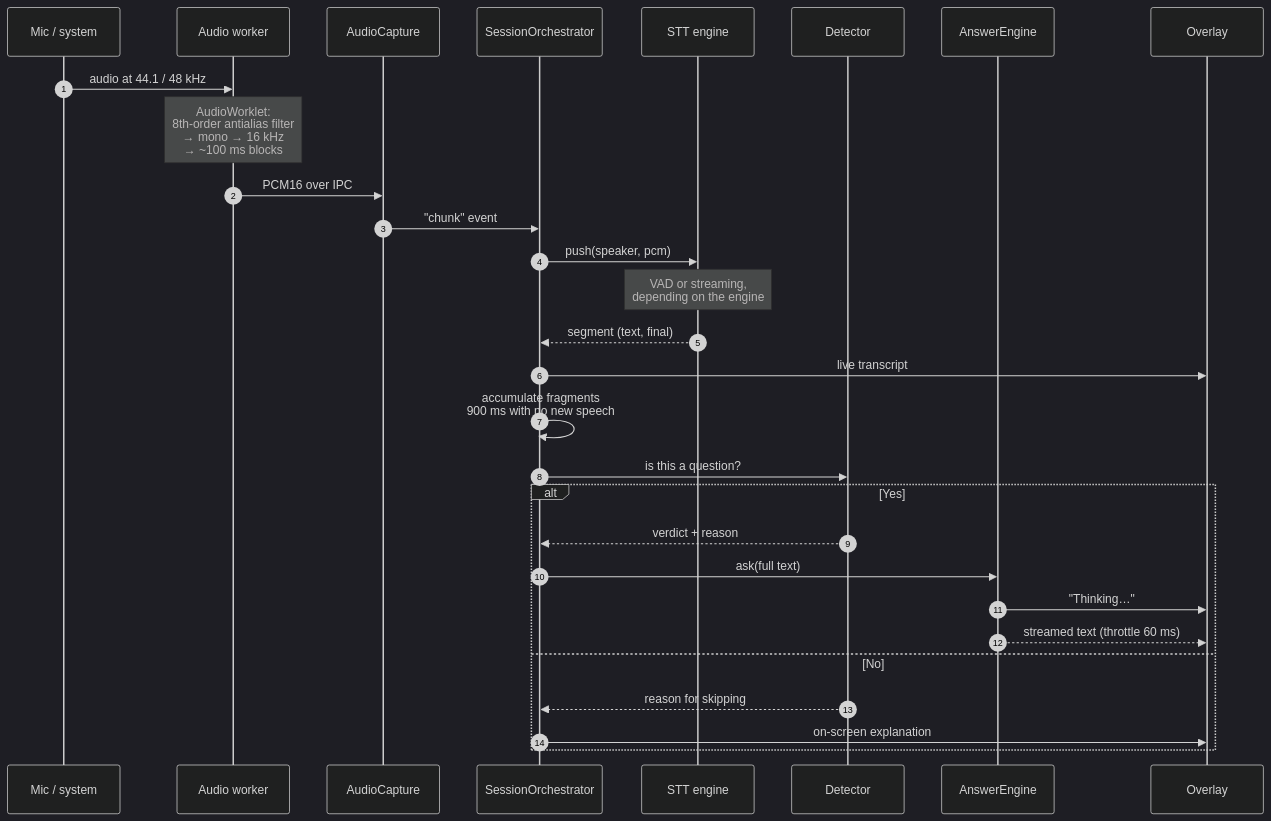
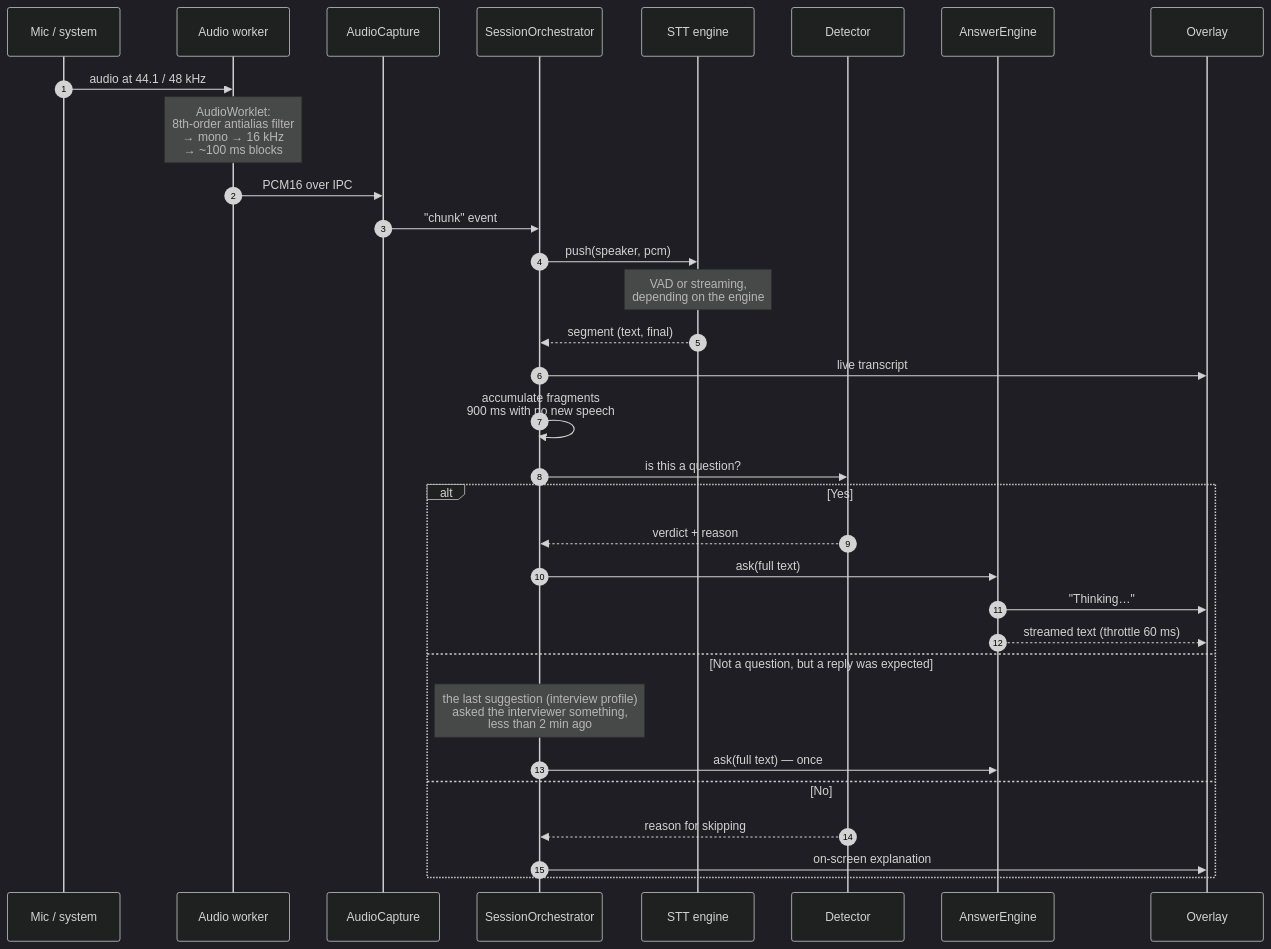
One commit to cflarios/Tayori changed the second of 7 diagrams in ARCHITECTURE.md. Above: the diagram before and after it, drawn with Mermaid (dark theme). The commit also changed other lines of this file and 6 other files, not shown here.

First line of the commit message:
feat(auto-trigger): answer the interviewer's reply to a suggested question

````diff
--- a/ARCHITECTURE.md
+++ b/ARCHITECTURE.md
@@ -78,32 +78,35 @@
 ```mermaid
 sequenceDiagram
     autonumber
     participant Mic as Mic / system
     participant W as Audio worker
     participant C as AudioCapture
     participant S as SessionOrchestrator
     participant T as STT engine
     participant D as Detector
     participant A as AnswerEngine
     participant O as Overlay
 
     Mic->>W: audio at 44.1 / 48 kHz
     Note over W: AudioWorklet:<br/>8th-order antialias filter<br/>→ mono → 16 kHz<br/>→ ~100 ms blocks
     W->>C: PCM16 over IPC
     C->>S: "chunk" event
     S->>T: push(speaker, pcm)
     Note over T: VAD or streaming,<br/>depending on the engine
     T-->>S: segment (text, final)
     S->>O: live transcript
     S->>S: accumulate fragments<br/>900 ms with no new speech
     S->>D: is this a question?
     alt Yes
         D-->>S: verdict + reason
         S->>A: ask(full text)
         A->>O: "Thinking…"
         A-->>O: streamed text (throttle 60 ms)
+    else Not a question, but a reply was expected
+        Note over S: the last suggestion (interview profile)<br/>asked the interviewer something,<br/>less than 2 min ago
+        S->>A: ask(full text) — once
     else No
         D-->>S: reason for skipping
         S->>O: on-screen explanation
     end
 ```
````
